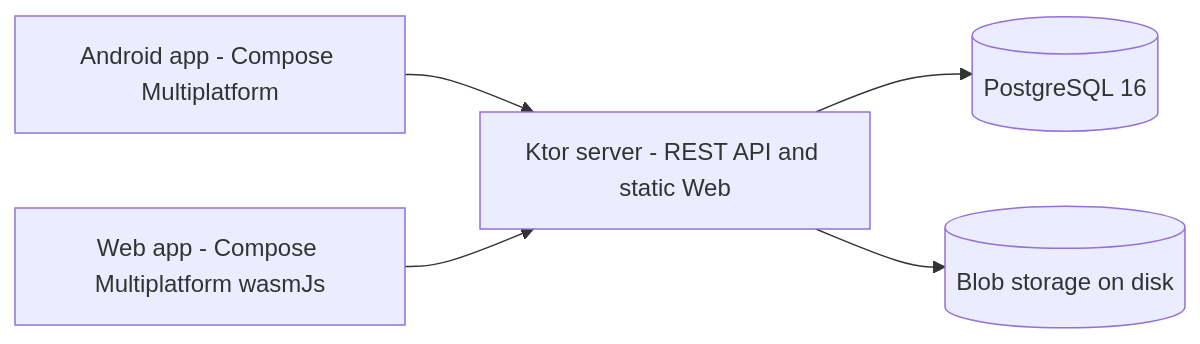
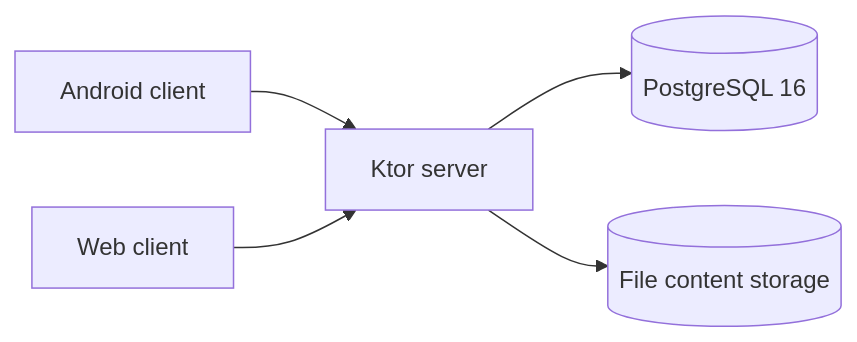
One commit to linanwanttodo/BareZen-Drive changed the diagram in README.md. Above: the diagram before and after it, drawn with Mermaid. The commit also changed other lines of this file and 7 other files, not shown here.

````diff
--- a/README.md
+++ b/README.md
@@ -118,7 +63,7 @@
 ```mermaid
 flowchart LR
-  A[Android app - Compose Multiplatform] --> S[Ktor server - REST API and static Web]
-  W[Web app - Compose Multiplatform wasmJs] --> S
+  A[Android client] --> S[Ktor server]
+  W[Web client] --> S
   S --> D[(PostgreSQL 16)]
-  S --> B[(Blob storage on disk)]
+  S --> B[(File content storage)]
 ```
````
